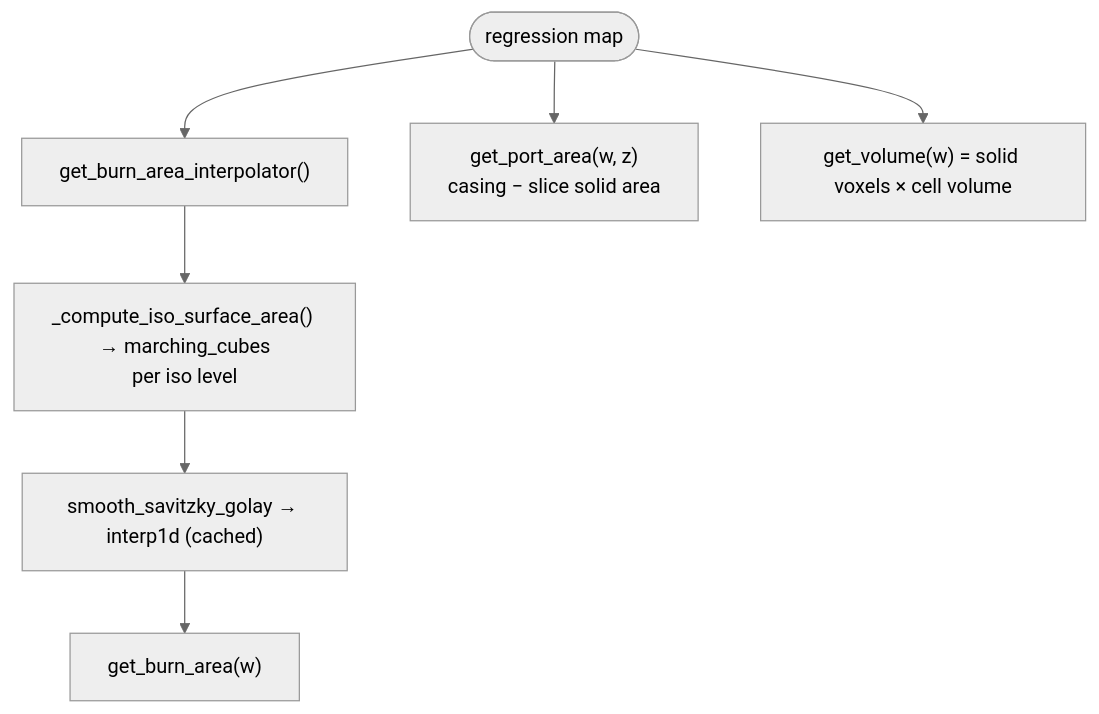
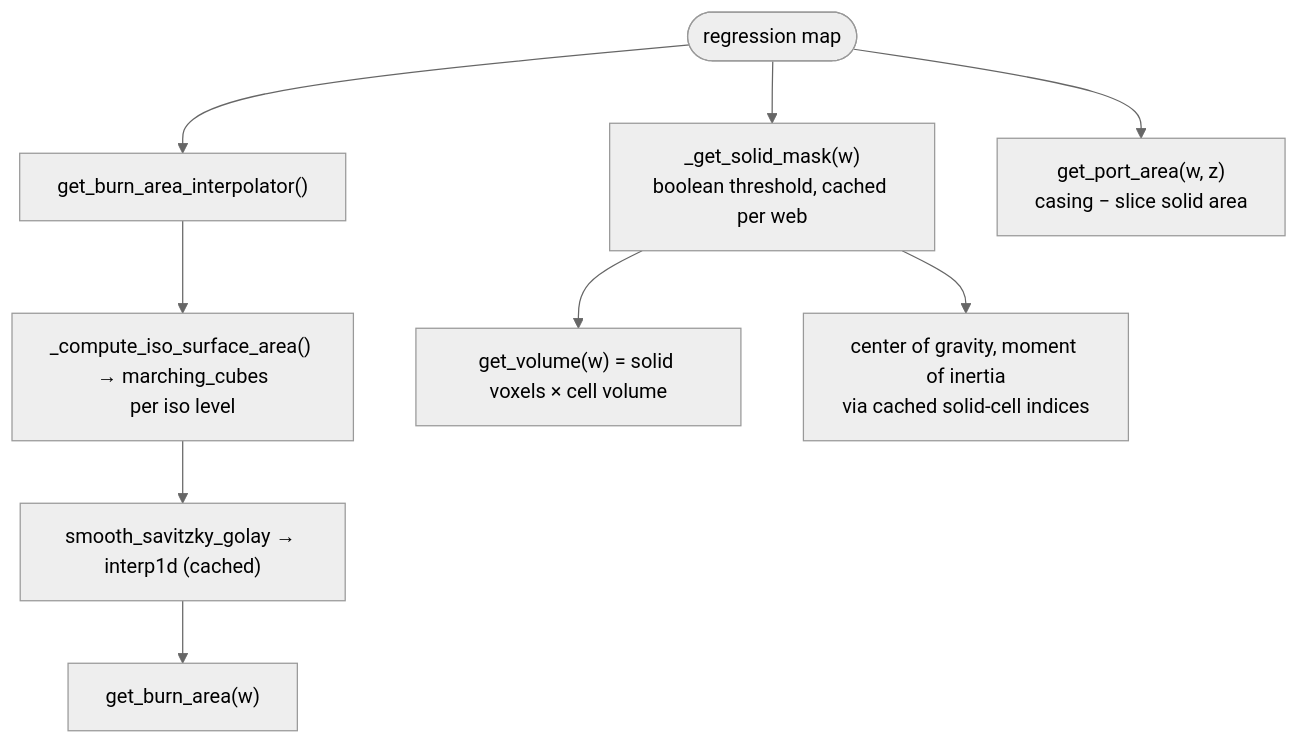
One commit to felipebogaertsm/machwave changed the third of 3 diagrams in docs/theory/grain_regression.md. Above: the diagram before and after it, drawn with Mermaid (neutral theme). The commit also changed other lines of this file and 4 other files, not shown here.

First line of the commit message:
Cache the thresholded solid mask per web distance in fast marching method grain segments (#412)

````diff
--- a/docs/theory/grain_regression.md
+++ b/docs/theory/grain_regression.md
@@ -233,9 +235,11 @@
 ```mermaid
 flowchart TB
     R(["regression map"]) --> BA["get_burn_area_interpolator()"]
     BA --> MC["_compute_iso_surface_area() → marching_cubes<br/>per iso level"]
     MC --> SG["smooth_savitzky_golay → interp1d (cached)"]
     SG --> BR["get_burn_area(w)"]
+    R --> SM["_get_solid_mask(w)<br/>boolean threshold, cached per web"]
+    SM --> VO["get_volume(w) = solid voxels × cell volume"]
+    SM --> MP["center of gravity, moment of inertia<br/>via cached solid-cell indices"]
     R --> PA["get_port_area(w, z)<br/>casing − slice solid area"]
-    R --> VO["get_volume(w) = solid voxels × cell volume"]
 ```
````
